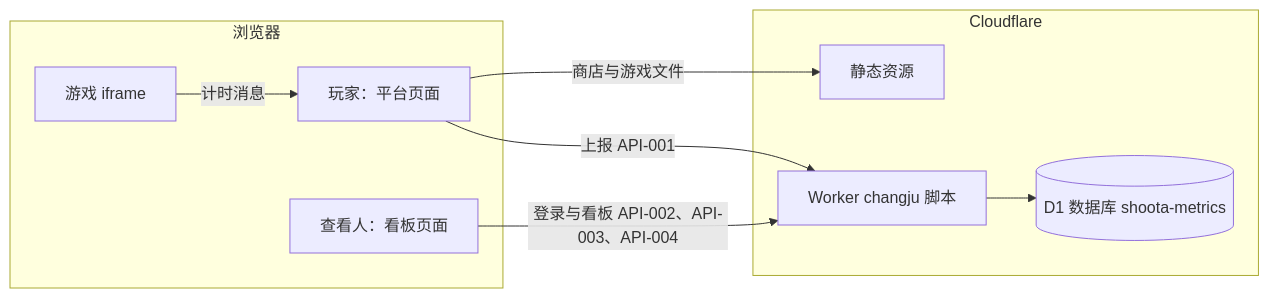
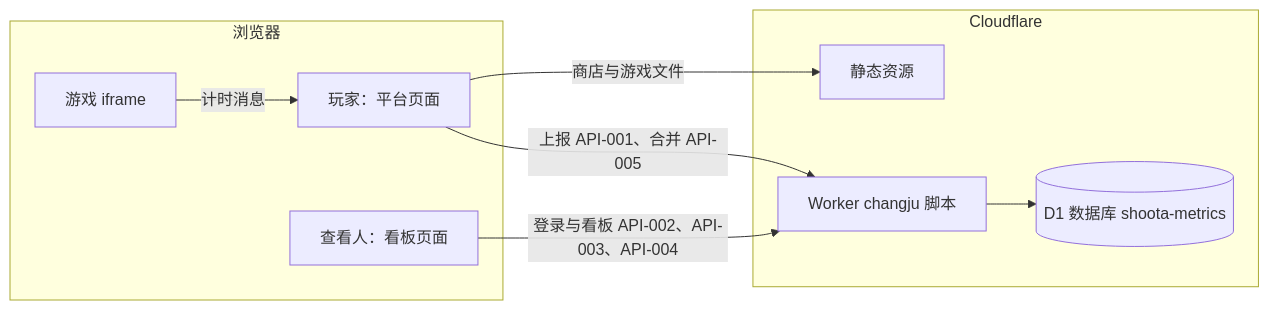
One commit to Bearisbug/Shoota changed the first of 6 diagrams in docs/DESIGN.md. Above: the diagram before and after it, drawn with Mermaid. The commit also changed other lines of this file and 62 other files, not shown here.

````diff
--- a/docs/DESIGN.md
+++ b/docs/DESIGN.md
@@ -134,18 +223,18 @@
 ```mermaid
 flowchart LR
   subgraph 浏览器
     P[玩家：平台页面]
     G[游戏 iframe]
     K[查看人：看板页面]
   end
   subgraph Cloudflare
     A[静态资源]
     W[Worker changju 脚本]
     D[(D1 数据库 shoota-metrics)]
   end
   P -->|商店与游戏文件| A
   G -->|计时消息| P
-  P -->|上报 API-001| W
+  P -->|上报 API-001、合并 API-005| W
   K -->|登录与看板 API-002、API-003、API-004| W
   W --> D
 ```
````
